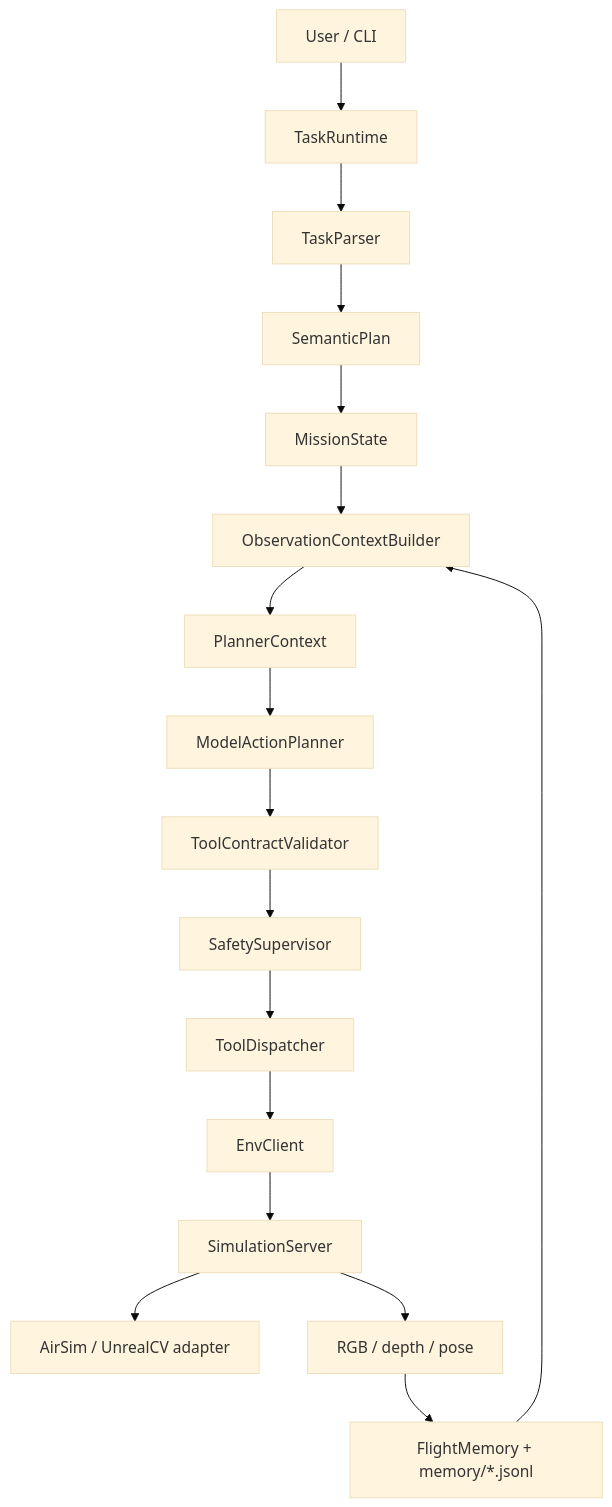
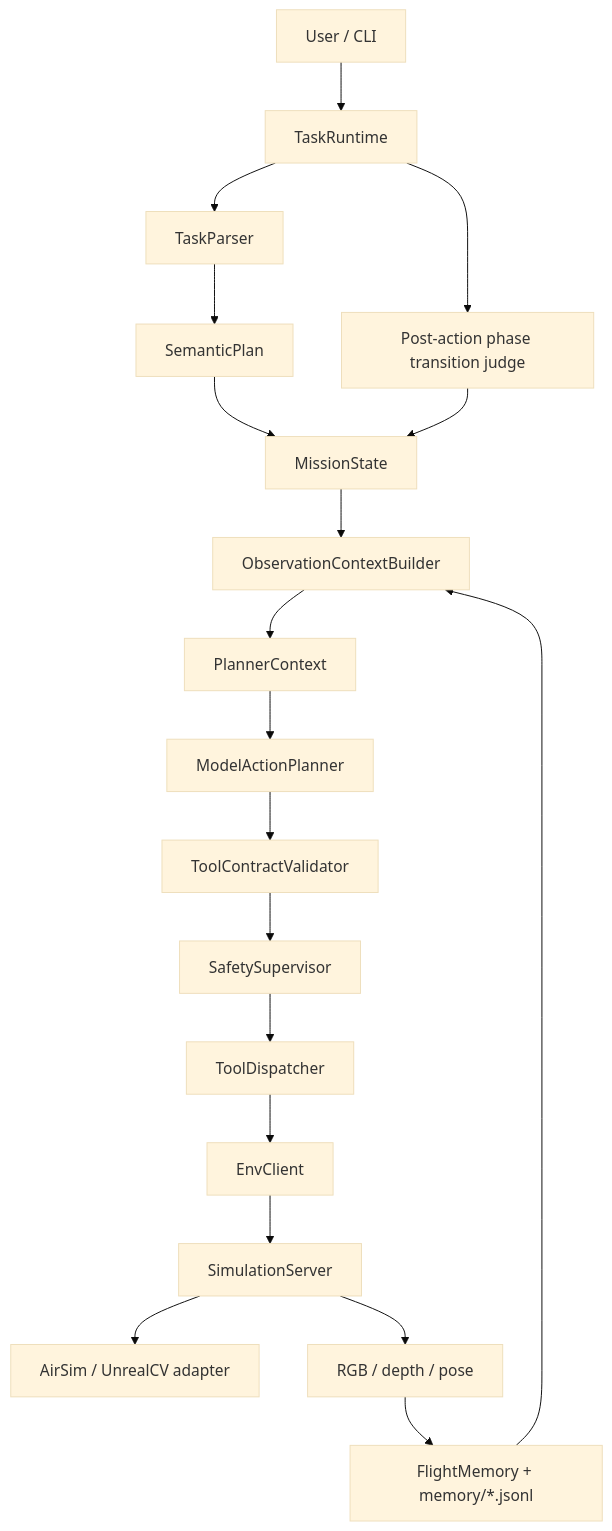
One commit to LZ6years/AeroPilot changed the first of 3 diagrams in docs/architecture.md. Above: the diagram before and after it, drawn with Mermaid (base theme). The commit also changed other lines of this file and 32 other files, not shown here.

````diff
--- a/docs/architecture.md
+++ b/docs/architecture.md
@@ -7,19 +7,21 @@
 ```mermaid
 flowchart TD
     U["User / CLI"] --> RT["TaskRuntime"]
     RT --> TP["TaskParser"]
     TP --> SP["SemanticPlan"]
     SP --> MS["MissionState"]
     MS --> CB["ObservationContextBuilder"]
     CB --> PC["PlannerContext"]
     PC --> MAP["ModelActionPlanner"]
     MAP --> TCV["ToolContractValidator"]
     TCV --> SS["SafetySupervisor"]
     SS --> TD["ToolDispatcher"]
     TD --> EC["EnvClient"]
     EC --> SIM["SimulationServer"]
     SIM --> SDK["AirSim / UnrealCV adapter"]
     SIM --> OBS["RGB / depth / pose"]
     OBS --> MEM["FlightMemory + memory/*.jsonl"]
     MEM --> CB
+    RT --> PTJ["Post-action phase transition judge"]
+    PTJ --> MS
 ```
````
